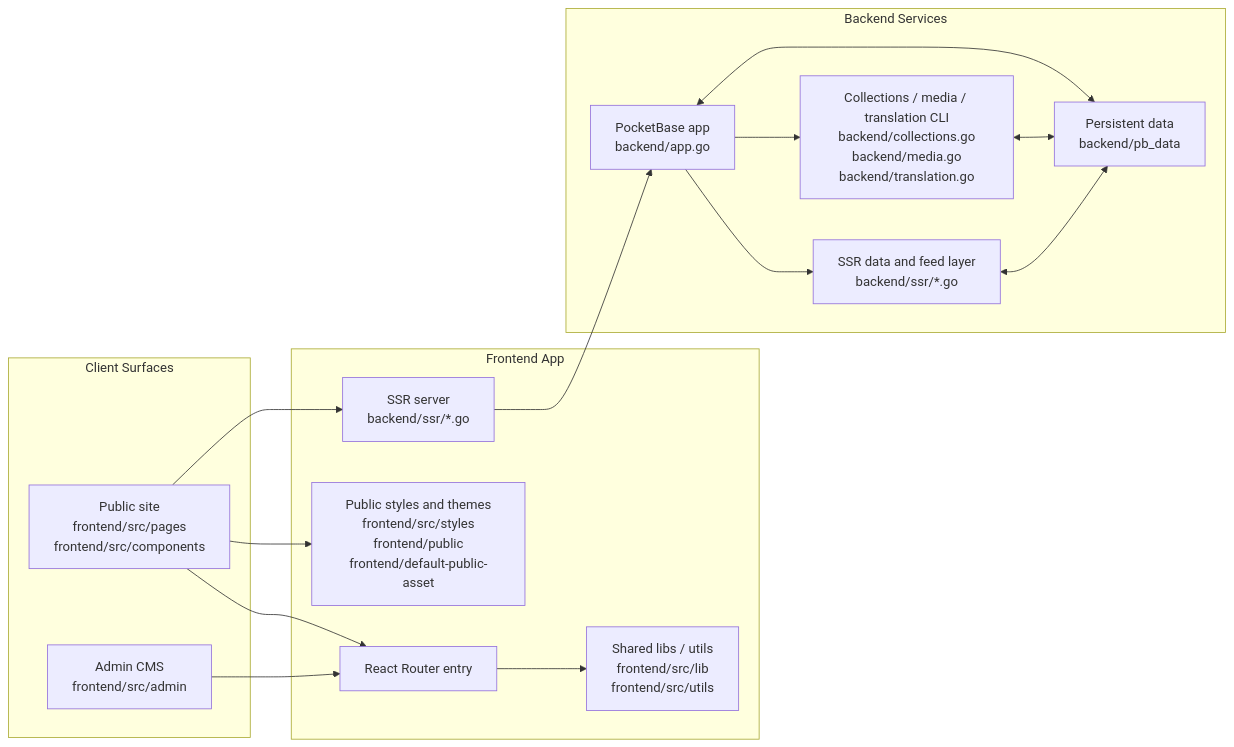
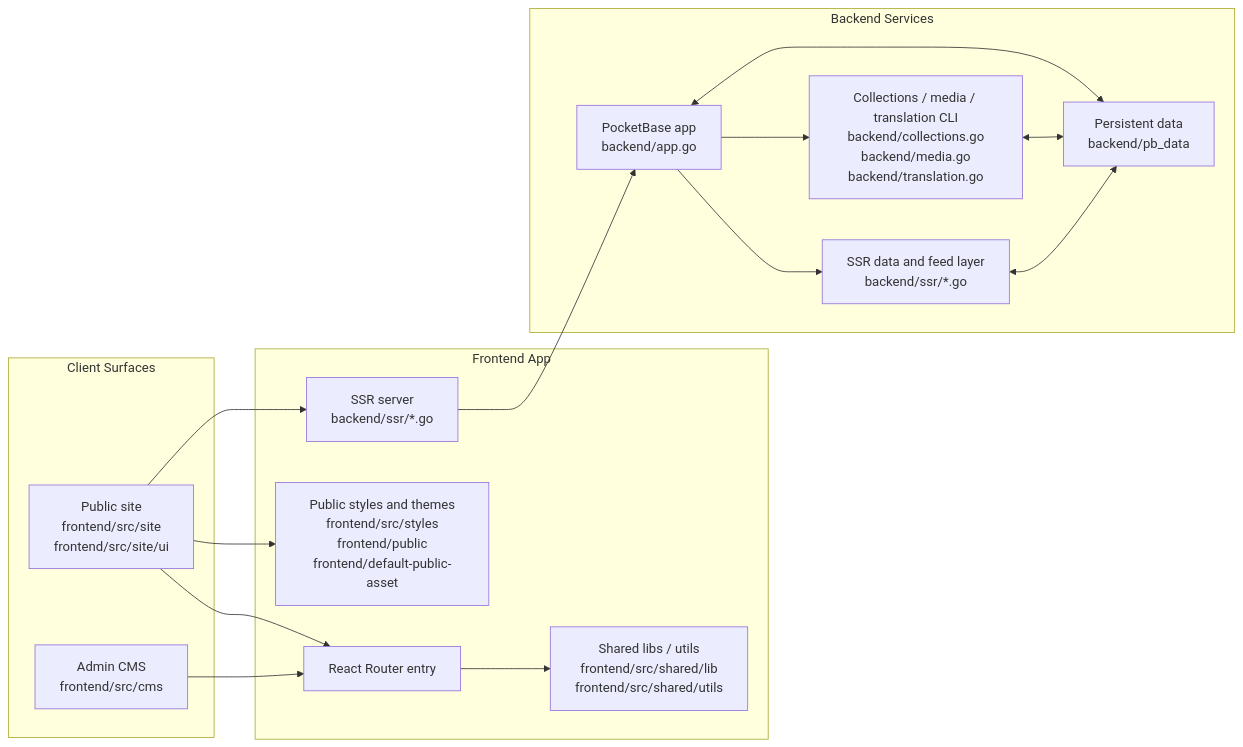
One commit to haturatu/alleycat changed the diagram in README.md. Above: the diagram before and after it, drawn with Mermaid. The commit also changed other lines of this file, not shown here.

````diff
--- a/README.md
+++ b/README.md
@@ -29,33 +29,33 @@
 ```mermaid
 flowchart LR
   subgraph Client["Client Surfaces"]
-    Public["Public site<br/>frontend/src/pages<br/>frontend/src/components"]
-    Admin["Admin CMS<br/>frontend/src/admin"]
+    Public["Public site<br/>frontend/src/site<br/>frontend/src/site/ui"]
+    Admin["Admin CMS<br/>frontend/src/cms"]
   end
 
   subgraph Frontend["Frontend App"]
     Router["React Router entry"]
-    Shared["Shared libs / utils<br/>frontend/src/lib<br/>frontend/src/utils"]
+    Shared["Shared libs / utils<br/>frontend/src/shared/lib<br/>frontend/src/shared/utils"]
     Theme["Public styles and themes<br/>frontend/src/styles<br/>frontend/public<br/>frontend/default-public-asset"]
     SSR["SSR server<br/>backend/ssr/*.go"]
   end
 
   subgraph Backend["Backend Services"]
     PB["PocketBase app<br/>backend/app.go"]
     Collections["Collections / media / translation CLI<br/>backend/collections.go<br/>backend/media.go<br/>backend/translation.go"]
     SSRData["SSR data and feed layer<br/>backend/ssr/*.go"]
     Data["Persistent data<br/>backend/pb_data"]
   end
 
   Public --> Router
   Admin --> Router
   Router --> Shared
   Public --> Theme
   Public --> SSR
   SSR --> PB
   PB --> Collections
   PB --> SSRData
   PB <--> Data
   Collections <--> Data
   SSRData <--> Data
 ```
````
